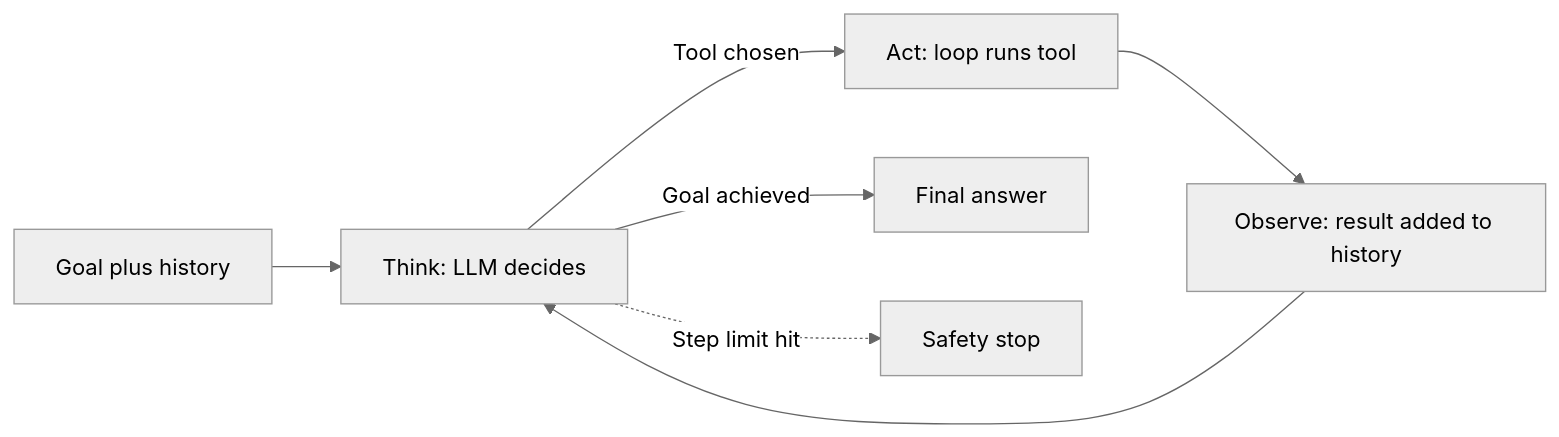
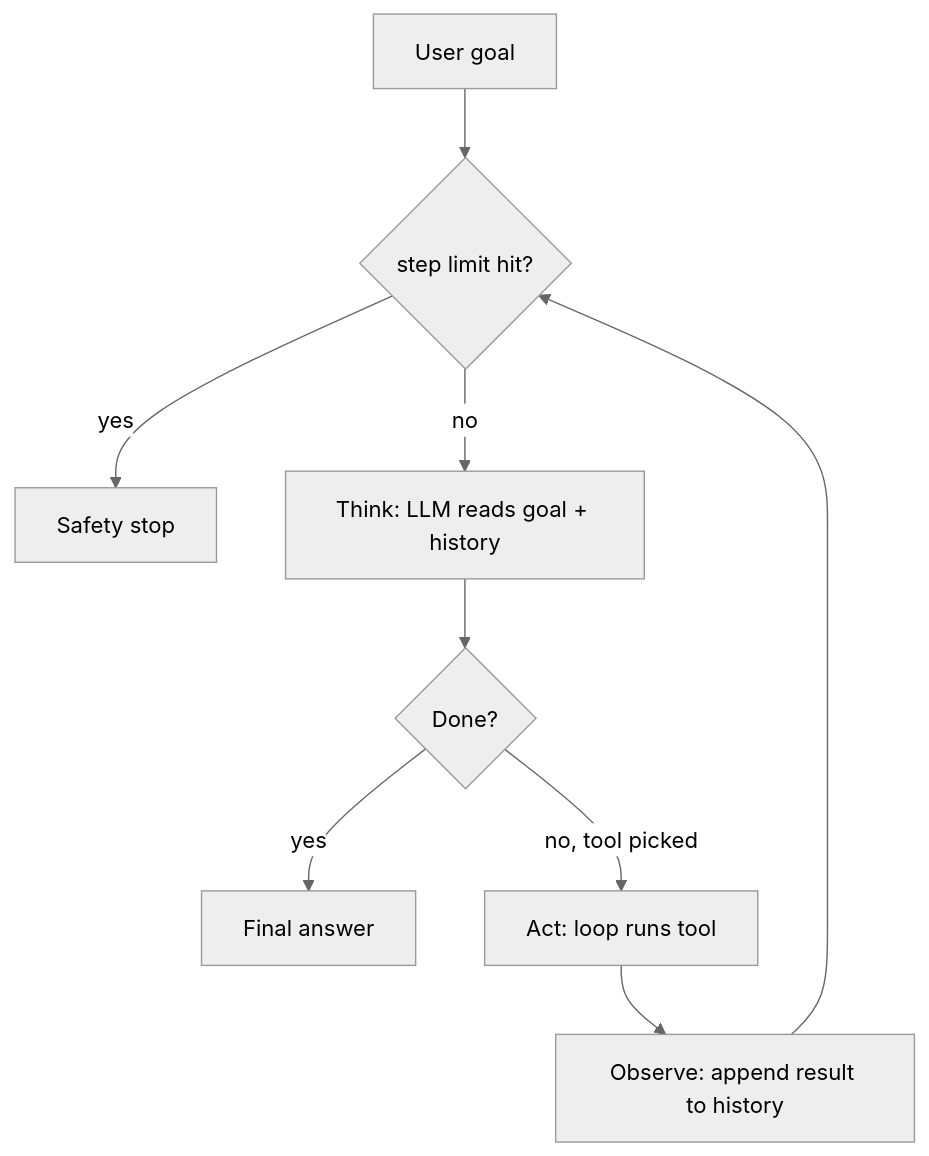
Before and after one commit to kaisarnajar/outcome-school-blogs: the diagram in notes/step-10-ai-agents-and-agentic-systems/121-ai-agent-loop.md, drawn with Mermaid (neutral theme). The commit also changed other lines of this file and 233 other files, not shown here.

````diff
--- a/notes/step-10-ai-agents-and-agentic-systems/121-ai-agent-loop.md
+++ b/notes/step-10-ai-agents-and-agentic-systems/121-ai-agent-loop.md
@@ -49,9 +57,11 @@
 ```mermaid
-flowchart LR
-    S["Goal plus history"] --> TH["Think: LLM decides"]
-    TH -->|"Tool chosen"| AC["Act: loop runs tool"]
-    AC --> OB["Observe: result added to history"]
-    OB --> TH
-    TH -->|"Goal achieved"| FA["Final answer"]
-    TH -.->|"Step limit hit"| SS["Safety stop"]
+flowchart TD
+G1["User goal"] --> C1{"step limit hit?"}
+C1 -->|"yes"| S1["Safety stop"]
+C1 -->|"no"| T1["Think: LLM reads goal + history"]
+T1 --> D1{"Done?"}
+D1 -->|"yes"| F1["Final answer"]
+D1 -->|"no, tool picked"| A1["Act: loop runs tool"]
+A1 --> O1["Observe: append result to history"]
+O1 --> C1
 ```
````
